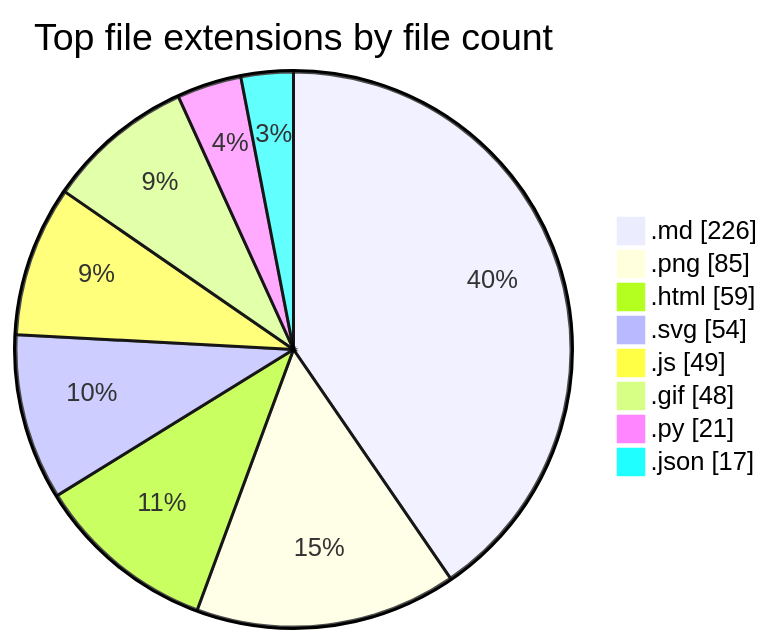
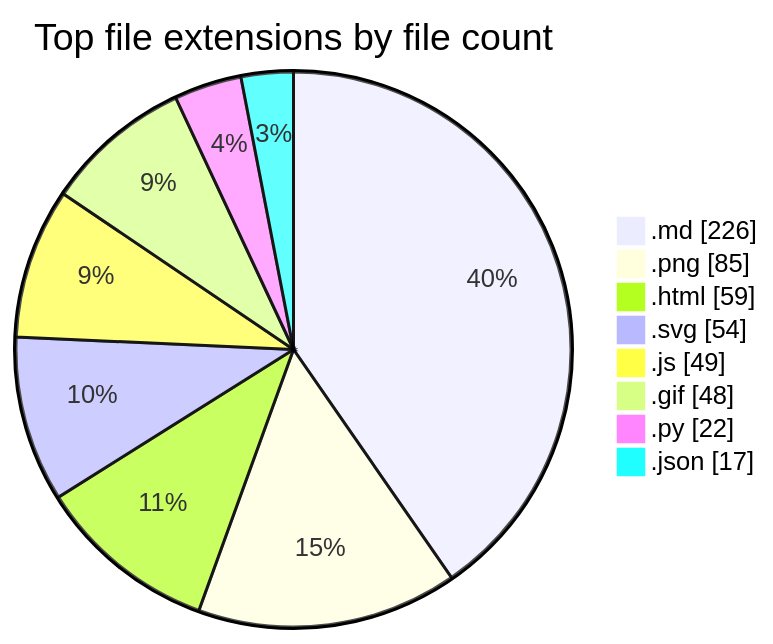
The second of 2 diagrams in README.md (tchinso/tchinso), drawn with Mermaid before and after one commit. The commit also changed other lines of this file, not shown here.

````diff
--- a/README.md
+++ b/README.md
@@ -49,12 +49,12 @@
 ```mermaid
 pie showData
     title Top file extensions by file count
     ".md" : 226
     ".png" : 85
     ".html" : 59
     ".svg" : 54
     ".js" : 49
     ".gif" : 48
-    ".py" : 21
+    ".py" : 22
     ".json" : 17
 ```
````
